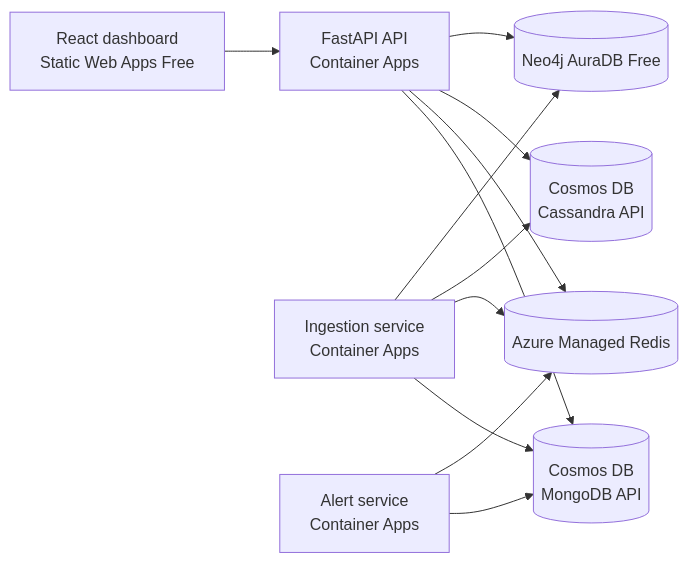
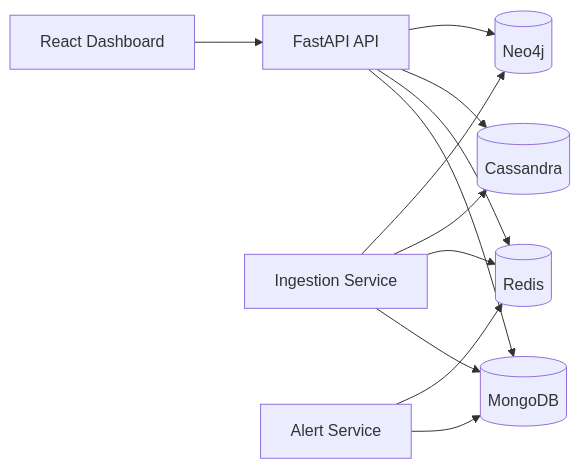
Before and after one commit to Hasir7/space-telemetry-platform: the diagram in README.md, drawn with Mermaid. The commit also changed other lines of this file, not shown here.

````diff
--- a/README.md
+++ b/README.md
@@ -16,14 +16,14 @@
 ```mermaid
 flowchart LR
-    UI[React dashboard\nStatic Web Apps Free] --> API[FastAPI API\nContainer Apps]
-    GEN[Ingestion service\nContainer Apps] --> M[(Cosmos DB\nMongoDB API)]
-    GEN --> R[(Azure Managed Redis)]
-    GEN --> C[(Cosmos DB\nCassandra API)]
-    GEN --> N[(Neo4j AuraDB Free)]
-    ALERT[Alert service\nContainer Apps] --> M
+    UI[React Dashboard] --> API[FastAPI API]
+    GEN[Ingestion Service] --> M[(MongoDB)]
+    GEN --> R[(Redis)]
+    GEN --> C[(Cassandra)]
+    GEN --> N[(Neo4j)]
+    ALERT[Alert Service] --> M
     ALERT --> R
     API --> M
     API --> R
     API --> C
     API --> N
 ```
````
